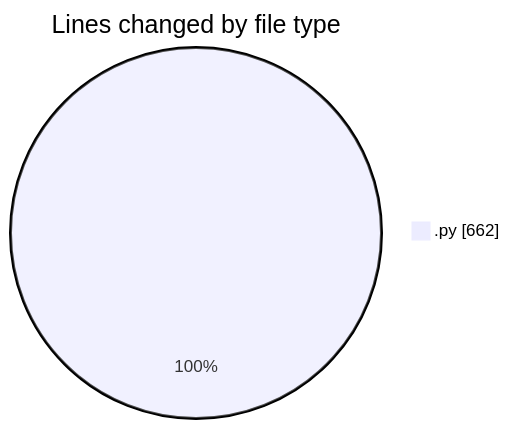
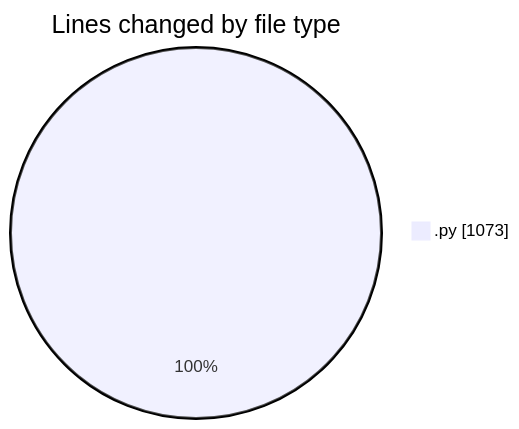
The first of 2 diagrams in 2025-04-23/synth_911data_gen/README.md (trdunsworth/code-tracking), drawn with Mermaid before and after one commit. The commit also changed other lines of this file and 1 other file, not shown here.

````diff
--- a/2025-04-23/synth_911data_gen/README.md
+++ b/2025-04-23/synth_911data_gen/README.md
@@ -20,5 +20,5 @@
 ```mermaid
 pie showData
 title Lines changed by file type
-".py" : 662
+".py" : 1073
 ```
````
